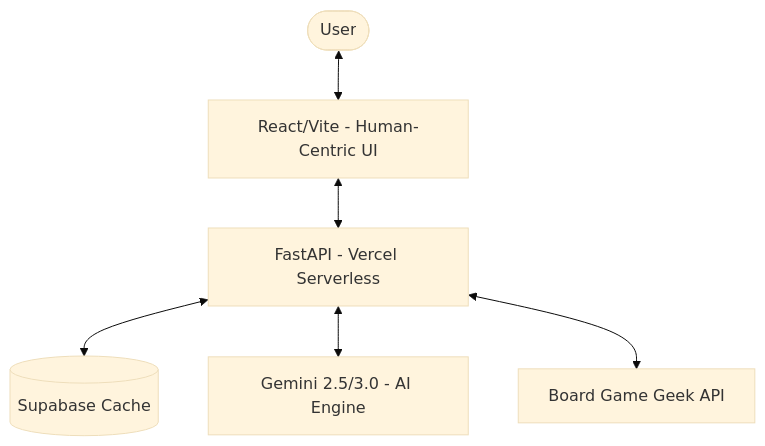
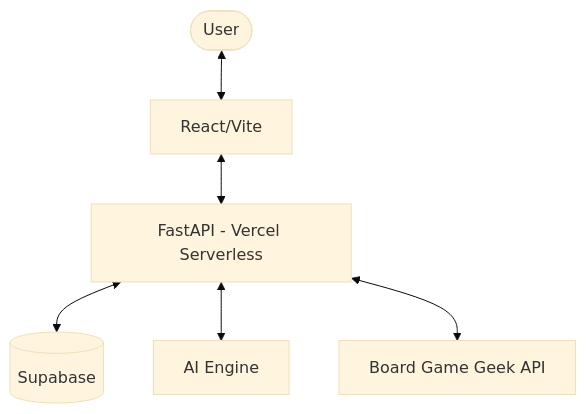
The diagram in README.md (KAFKA2306/rule-scribe-games), drawn with Mermaid (base theme) before and after one commit. The commit also changed other lines of this file and 12 other files, not shown here.

````diff
--- a/README.md
+++ b/README.md
@@ -48,8 +46,8 @@
 ```mermaid
 graph TD
-    User([User]) <--> Frontend[React/Vite - Human-Centric UI]
+    User([User]) <--> Frontend[React/Vite]
     Frontend <--> API[FastAPI - Vercel Serverless]
-    API <--> Cache[(Supabase Cache)]
-    API <--> AI[Gemini 2.5/3.0 - AI Engine]
+    API <--> Cache[(Supabase)]
+    API <--> AI[AI Engine]
     API <--> BGG[Board Game Geek API]
 ```
````
